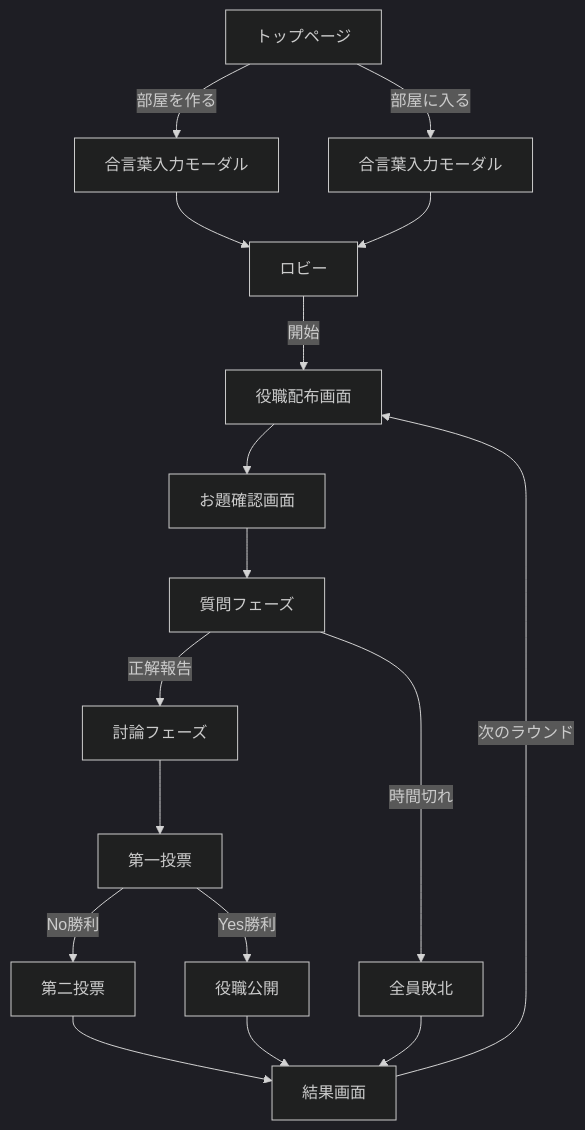
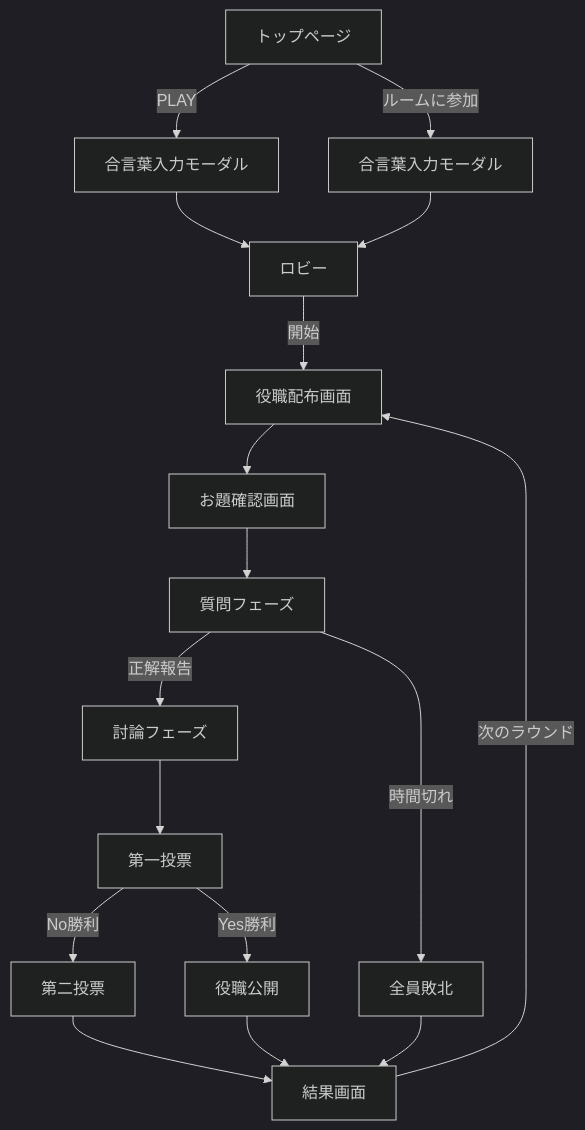
The diagram in docs/output/ui_ux_design_requirements.md (MasakiEndo44/Insider_game), drawn with Mermaid (dark theme) before and after one commit. The commit also changed other lines of this file, not shown here.

````diff
--- a/docs/output/ui_ux_design_requirements.md
+++ b/docs/output/ui_ux_design_requirements.md
@@ -156,19 +163,19 @@
 ```mermaid
 graph TD
-    A[トップページ] -->|部屋を作る| B[合言葉入力モーダル]
-    A -->|部屋に入る| C[合言葉入力モーダル]
+    A[トップページ] -->|PLAY| B[合言葉入力モーダル]
+    A -->|ルームに参加| C[合言葉入力モーダル]
     B --> D[ロビー]
     C --> D
     D -->|開始| E[役職配布画面]
     E --> F[お題確認画面]
     F --> G[質問フェーズ]
     G -->|正解報告| H[討論フェーズ]
     G -->|時間切れ| I[全員敗北]
     H --> J[第一投票]
     J -->|Yes勝利| K[役職公開]
     J -->|No勝利| L[第二投票]
     L --> M[結果画面]
     K --> M
     I --> M
     M -->|次のラウンド| E
 ```
````
